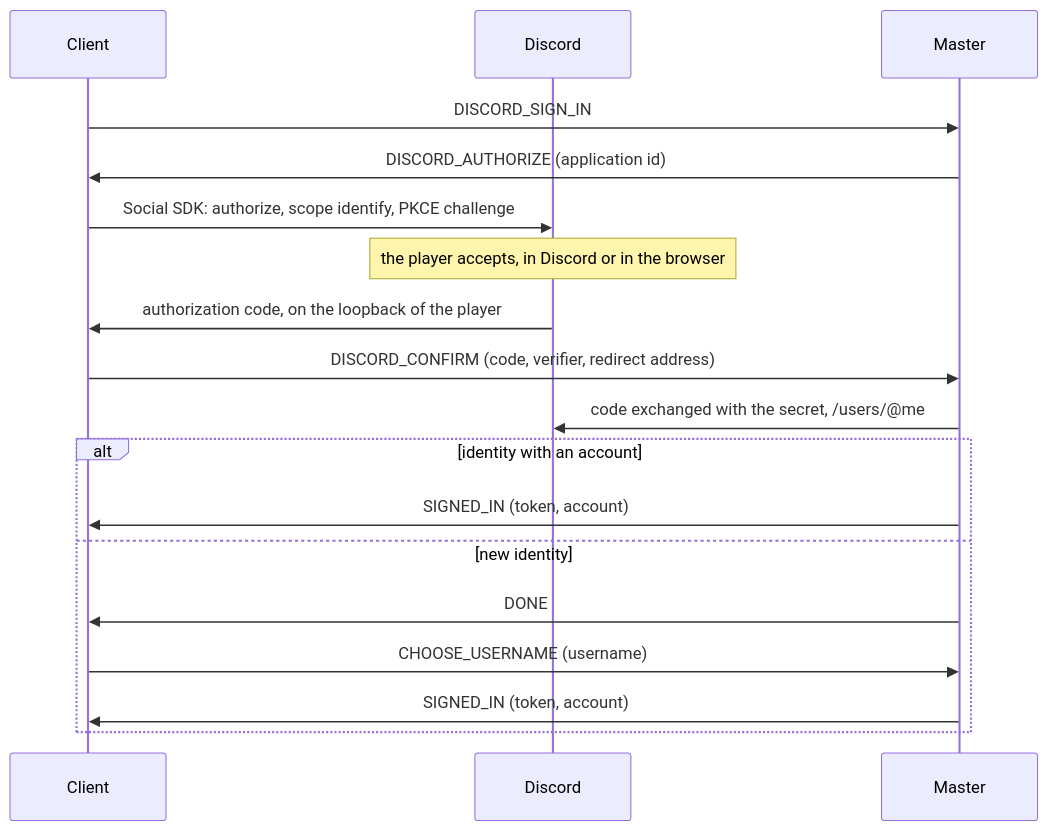
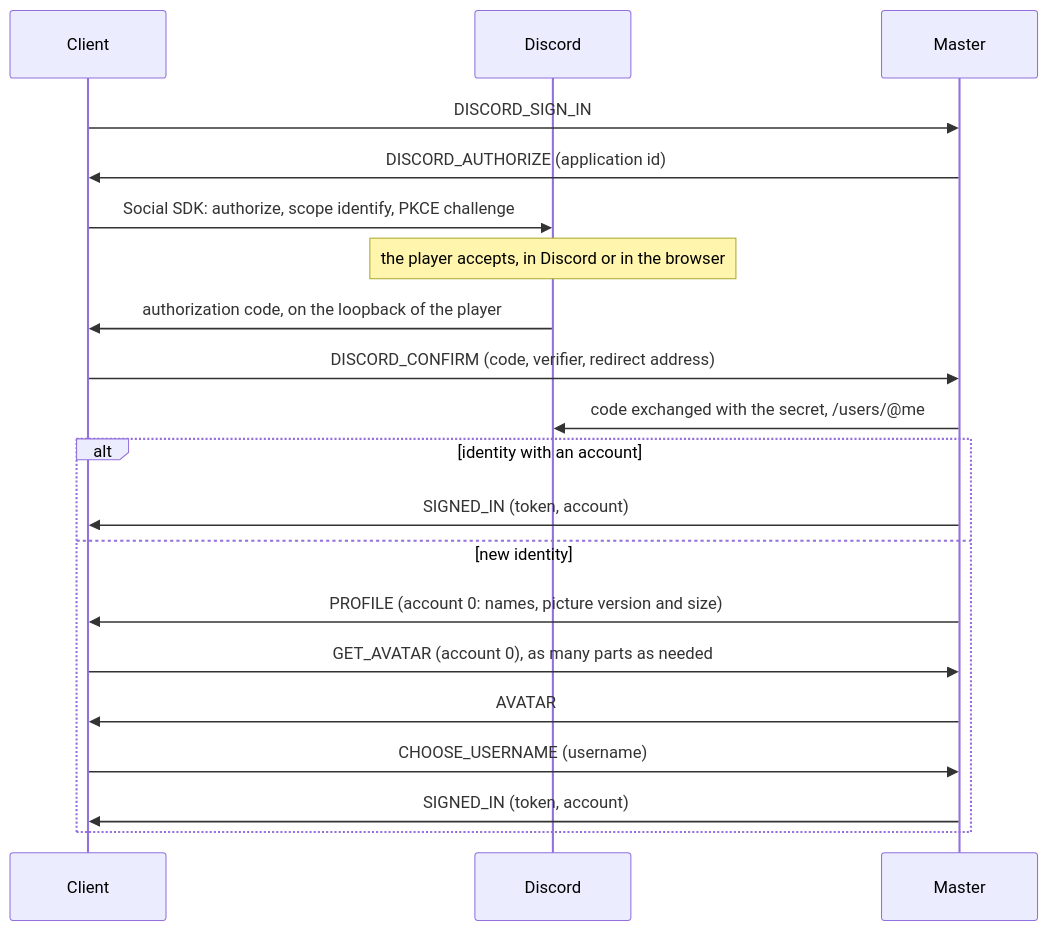
Before and after one commit to Akinator31/Rtype: the fifth of 7 diagrams in docs/protocol/lobby.md, drawn with Mermaid. The commit also changed other lines of this file and 3 other files, not shown here.

````diff
--- a/docs/protocol/lobby.md
+++ b/docs/protocol/lobby.md
@@ -706,20 +775,22 @@
 ```mermaid
 sequenceDiagram
     participant C as Client
     participant D as Discord
     participant M as Master
     C->>M: DISCORD_SIGN_IN
     M->>C: DISCORD_AUTHORIZE (application id)
     C->>D: Social SDK: authorize, scope identify, PKCE challenge
     Note over D: the player accepts, in Discord or in the browser
     D->>C: authorization code, on the loopback of the player
     C->>M: DISCORD_CONFIRM (code, verifier, redirect address)
     M->>D: code exchanged with the secret, /users/@me
     alt identity with an account
         M->>C: SIGNED_IN (token, account)
     else new identity
-        M->>C: DONE
+        M->>C: PROFILE (account 0: names, picture version and size)
+        C->>M: GET_AVATAR (account 0), as many parts as needed
+        M->>C: AVATAR
         C->>M: CHOOSE_USERNAME (username)
         M->>C: SIGNED_IN (token, account)
     end
 ```
````
